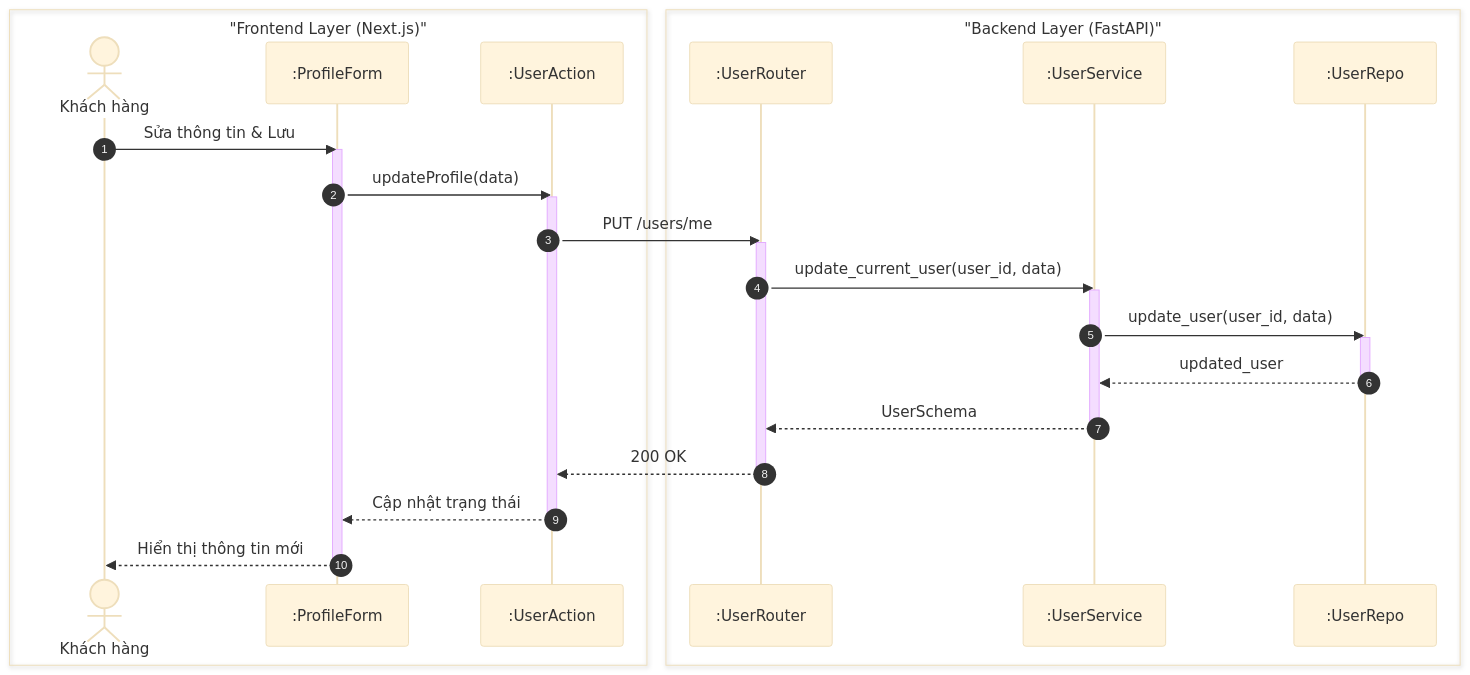
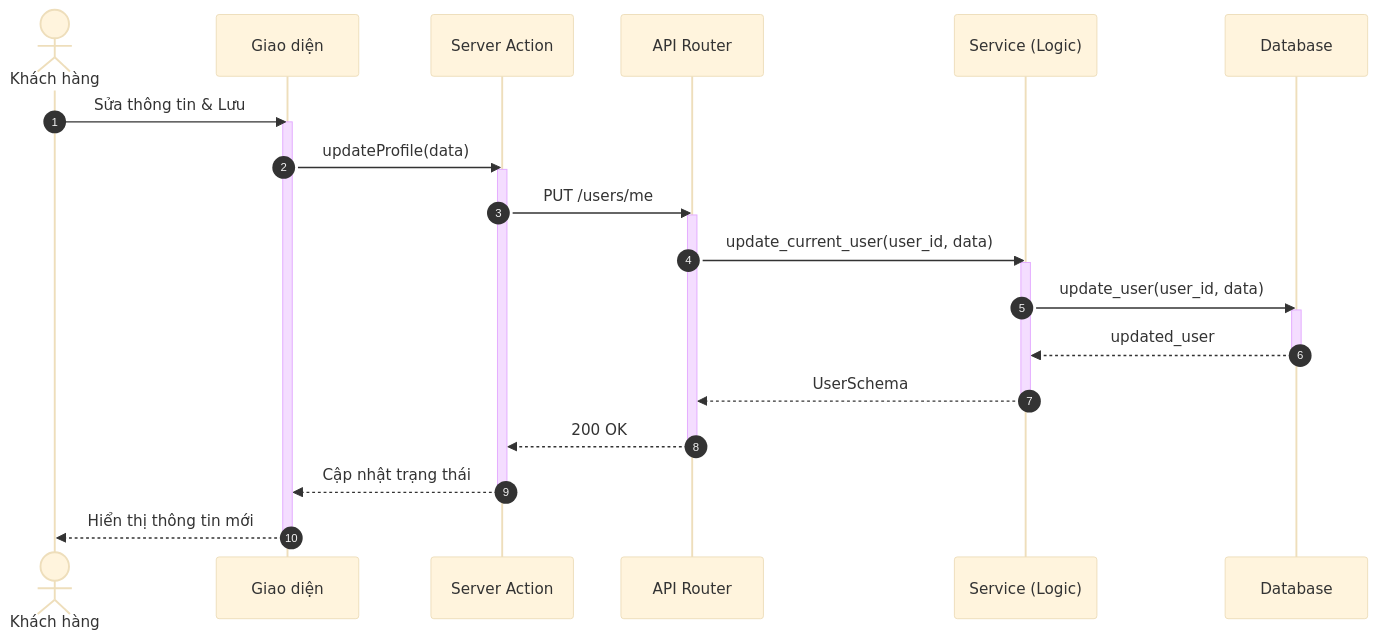
One commit to ngoctinn/Synapse changed the seventh of 8 diagrams in docs/design/sequences/authentication.md. Above: the diagram before and after it, drawn with Mermaid (base theme). The commit also changed other lines of this file and 4 other files, not shown here.

Commit message:
docs: Add initial sequence diagrams for admin, authentication, customer, receptionist, and technician flows.

````diff
--- a/docs/design/sequences/authentication.md
+++ b/docs/design/sequences/authentication.md
@@ -359,43 +329,38 @@
 ```mermaid
 sequenceDiagram
     autonumber
-    box "Frontend Layer (Next.js)"
-        actor KH as Khách hàng
-        participant UI as :ProfileForm
-        participant BFF as :UserAction
-    end
-
-    box "Backend Layer (FastAPI)"
-        participant API as :UserRouter
-        participant S as :UserService
-        participant DB as :UserRepo
-    end
+    actor KH as Khách hàng
+    participant UI as Giao diện
+    participant BFF as Server Action
+    participant API as API Router
+    participant S as Service (Logic)
+    participant DB as Database
 
     KH->>UI: Sửa thông tin & Lưu
     activate UI
     UI->>BFF: updateProfile(data)
     activate BFF
 
     BFF->>API: PUT /users/me
     activate API
 
     API->>S: update_current_user(user_id, data)
     activate S
 
     S->>DB: update_user(user_id, data)
     activate DB
     DB-->>S: updated_user
     deactivate DB
 
     S-->>API: UserSchema
     deactivate S
 
     API-->>BFF: 200 OK
     deactivate API
 
     BFF-->>UI: Cập nhật trạng thái
     deactivate BFF
 
     UI-->>KH: Hiển thị thông tin mới
     deactivate UI
 ```
````
